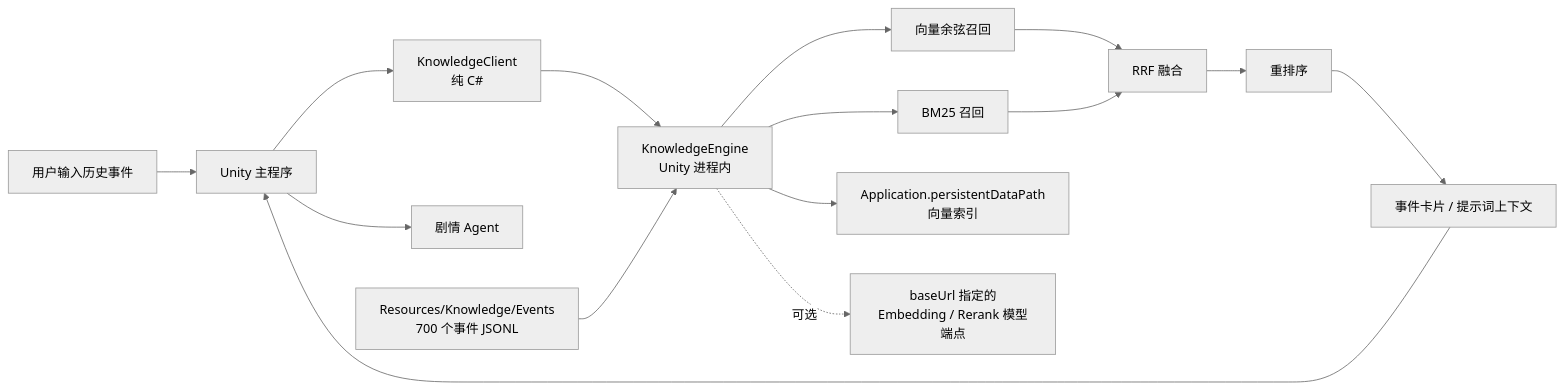
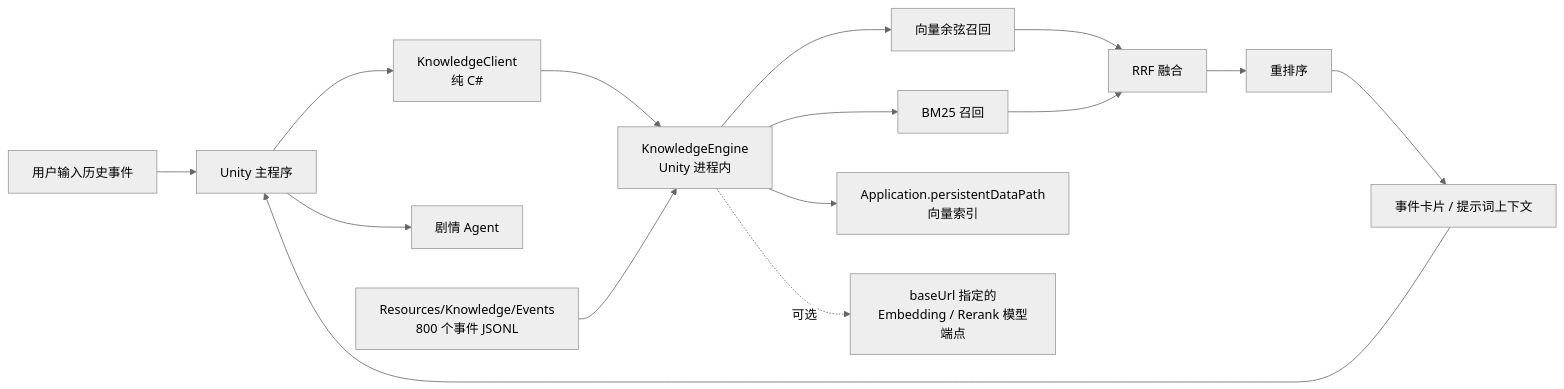
Before and after one commit to xinghuocode/epicspark: the diagram in Docs/KnowledgeRAG.md, drawn with Mermaid (neutral theme). The commit also changed other lines of this file and 9 other files, not shown here.

````diff
--- a/Docs/KnowledgeRAG.md
+++ b/Docs/KnowledgeRAG.md
@@ -8,17 +8,17 @@
 ```mermaid
 flowchart LR
     U[用户输入历史事件] --> S[Unity 主程序]
     S --> C[KnowledgeClient<br/>纯 C#]
     C --> E[KnowledgeEngine<br/>Unity 进程内]
     E --> R1[向量余弦召回]
     E --> R2[BM25 召回]
     R1 --> F[RRF 融合]
     R2 --> F
     F --> RR[重排序]
     RR --> CX[事件卡片 / 提示词上下文]
     CX --> S
     S --> A[剧情 Agent]
-    D[Resources/Knowledge/Events<br/>700 个事件 JSONL] --> E
+    D[Resources/Knowledge/Events<br/>800 个事件 JSONL] --> E
     E --> IDX[Application.persistentDataPath<br/>向量索引]
     E -.可选.-> M[baseUrl 指定的<br/>Embedding / Rerank 模型端点]
 ```
````
